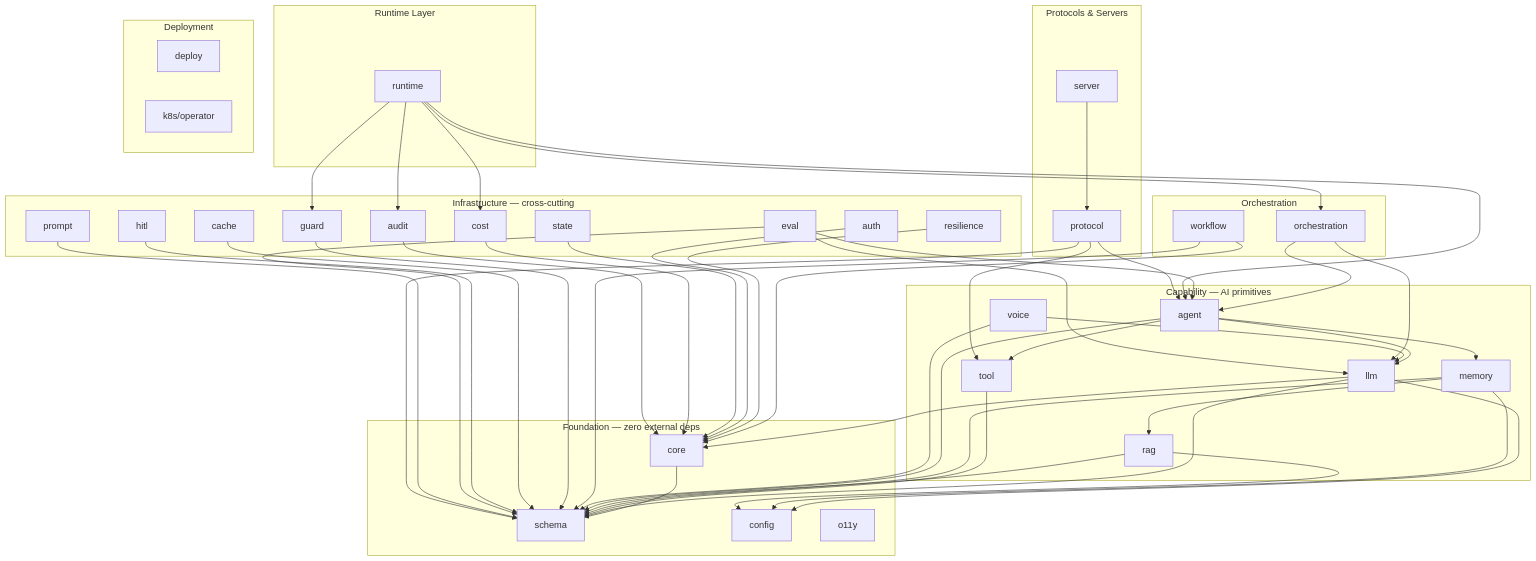
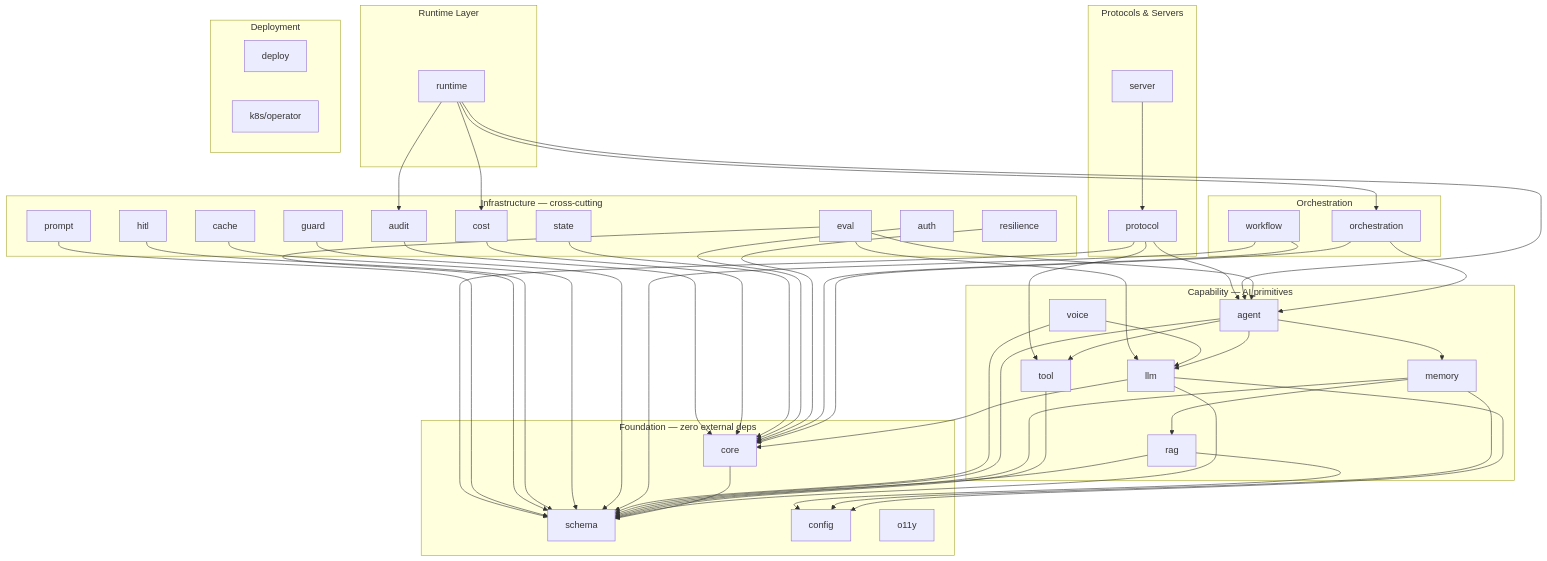
One commit to lookatitude/beluga-ai changed the first of 6 diagrams in docs/website/src/content/docs/docs/architecture/packages.md. Above: the diagram before and after it, drawn with Mermaid. The commit also changed other lines of this file and 7 other files, not shown here.

First line of the commit message:
docs: fix architecture, concepts, packages, and API reference to match current codebase

````diff
--- a/docs/website/src/content/docs/docs/architecture/packages.md
+++ b/docs/website/src/content/docs/docs/architecture/packages.md
@@ -22,73 +22,73 @@
 ```mermaid
 graph TB
     subgraph foundation [Foundation — zero external deps]
         core
         schema
         config
         o11y
     end
 
     subgraph capability [Capability — AI primitives]
         llm
         tool
         memory
         rag
         agent
         voice
     end
 
     subgraph orchestration [Orchestration]
         orch["orchestration"]
         workflow
     end
 
     subgraph infrastructure [Infrastructure — cross-cutting]
         guard
         resilience
         cache
         auth
         hitl
         eval
         state
         prompt
         cost
         audit
     end
 
     subgraph runtime_layer [Runtime Layer]
         runtime
     end
 
     subgraph protocols [Protocols & Servers]
         protocol
         server
     end
 
     subgraph deployment [Deployment]
         deploy
         k8s["k8s/operator"]
     end
 
     core --> schema
     llm --> core & schema & config
     tool --> schema
     memory --> schema & config & rag
     rag --> schema & config
     agent --> llm & tool & memory & schema
     voice --> llm & schema
-    orch --> agent & llm
+    orch --> agent & core
     workflow --> core & schema
     guard --> schema
     resilience --> core
     cache --> schema
     auth --> core
     hitl --> schema
     eval --> schema & llm & agent
     state --> core
     prompt --> schema
     cost --> core
     audit --> core
-    runtime --> agent & guard & cost & audit & orch
+    runtime --> agent & cost & audit & orch
     protocol --> agent & tool & schema
     server --> protocol
 ```
````
